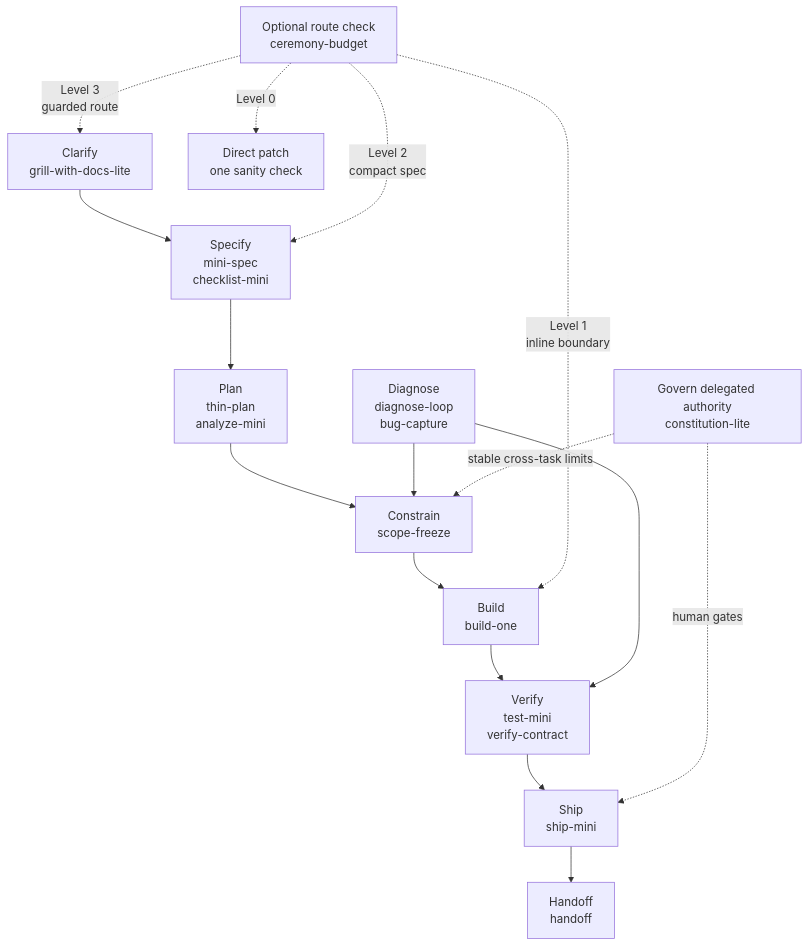
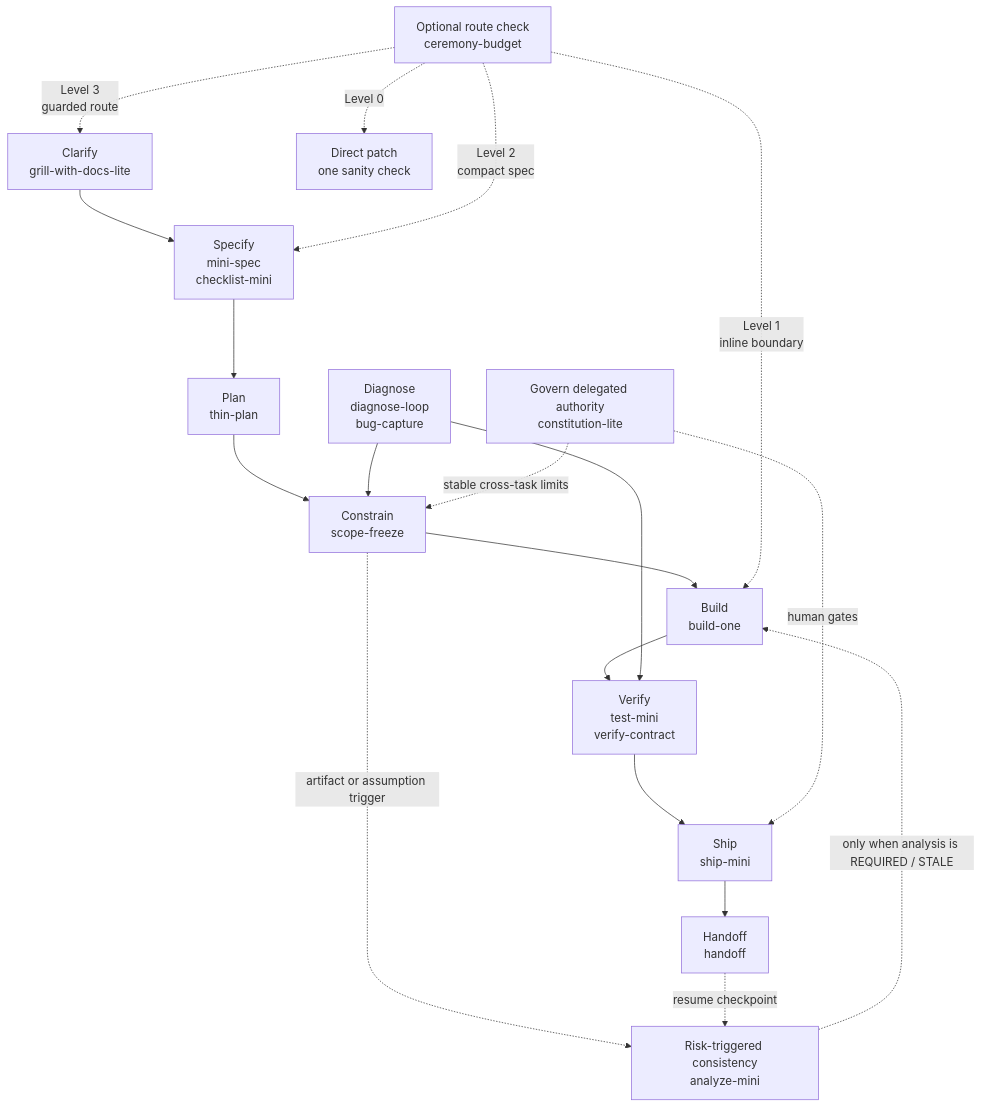
One commit to tmusser/ai-engineering-skills changed the first of 2 diagrams in docs/skill-map.md. Above: the diagram before and after it, drawn with Mermaid. The commit also changed other lines of this file and 7 other files, not shown here.

First line of the commit message:
feat: make analyze-mini risk-triggered (#19)

````diff
--- a/docs/skill-map.md
+++ b/docs/skill-map.md
@@ -7,18 +7,21 @@
 ```mermaid
 flowchart TD
   A["Clarify<br/>grill-with-docs-lite"] --> B["Specify<br/>mini-spec<br/>checklist-mini"]
-  B --> C["Plan<br/>thin-plan<br/>analyze-mini"]
+  B --> C["Plan<br/>thin-plan"]
   C --> D["Constrain<br/>scope-freeze"]
   D --> E["Build<br/>build-one"]
   E --> F["Verify<br/>test-mini<br/>verify-contract"]
   F --> G["Ship<br/>ship-mini"]
   G --> H["Handoff<br/>handoff"]
   I["Diagnose<br/>diagnose-loop<br/>bug-capture"] --> D
   I --> F
   J["Optional route check<br/>ceremony-budget"] -. "Level 0" .-> P["Direct patch<br/>one sanity check"]
   J -. "Level 1<br/>inline boundary" .-> E
   J -. "Level 2<br/>compact spec" .-> B
   J -. "Level 3<br/>guarded route" .-> A
   K["Govern delegated authority<br/>constitution-lite"] -. "stable cross-task limits" .-> D
   K -. "human gates" .-> G
+  L["Risk-triggered consistency<br/>analyze-mini"] -. "only when analysis is REQUIRED / STALE" .-> E
+  D -. "artifact or assumption trigger" .-> L
+  H -. "resume checkpoint" .-> L
 ```
````
